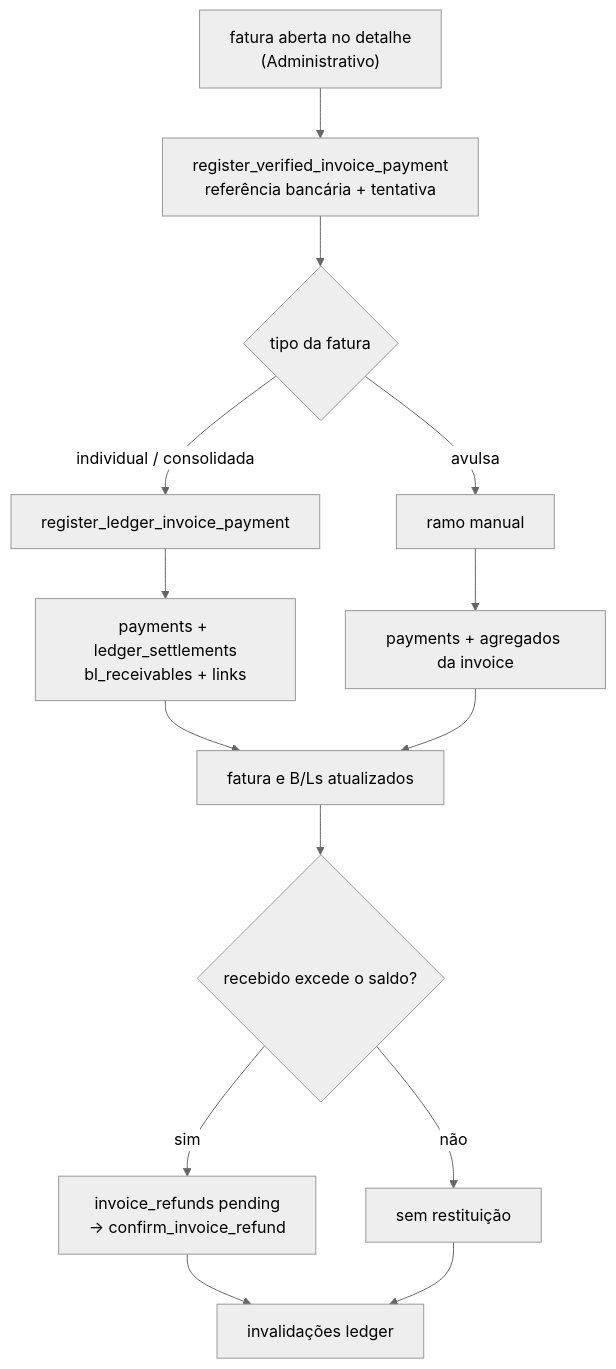
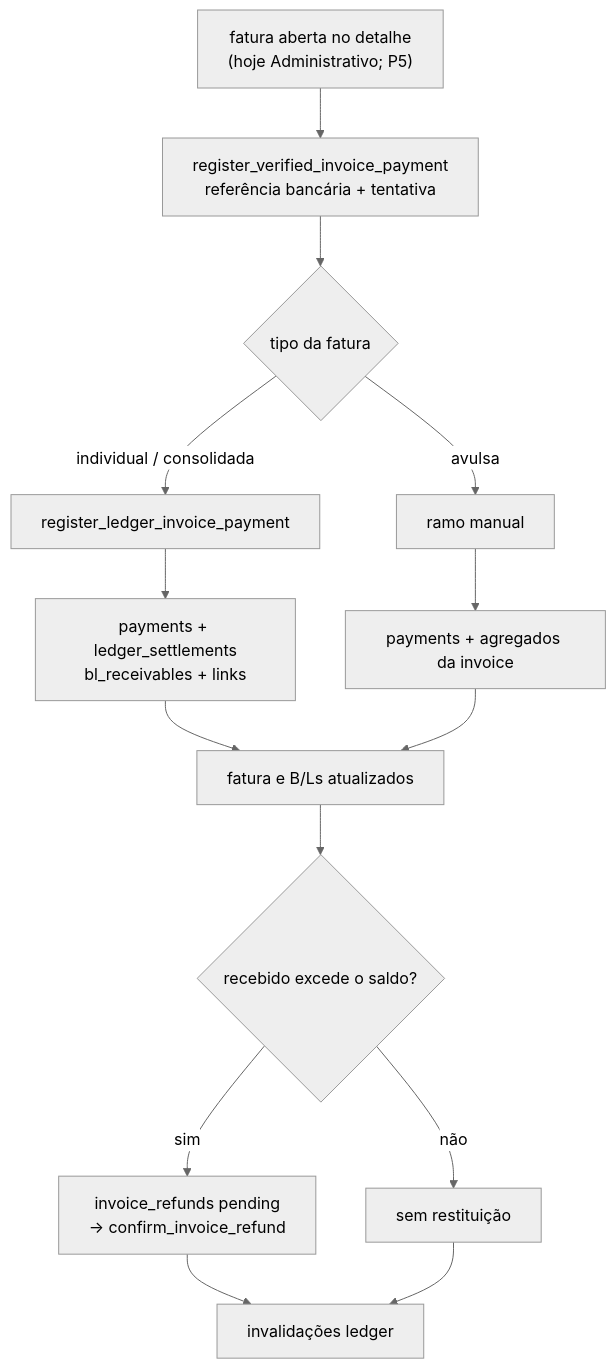
Before and after one commit to luccafwlog/vela: the diagram in docs/modules/faturamento.md, drawn with Mermaid (neutral theme). The commit also changed other lines of this file and 30 other files, not shown here.

````diff
--- a/docs/modules/faturamento.md
+++ b/docs/modules/faturamento.md
@@ -709,16 +713,16 @@
 ```mermaid
 flowchart TD
-    Open["fatura aberta no detalhe<br/>(Administrativo)"] --> Verified["register_verified_invoice_payment<br/>referência bancária + tentativa"]
+    Open["fatura aberta no detalhe<br/>(hoje Administrativo; P5)"] --> Verified["register_verified_invoice_payment<br/>referência bancária + tentativa"]
     Verified --> Decide{"tipo da fatura"}
     Decide -->|"individual / consolidada"| Ledger["register_ledger_invoice_payment"]
     Decide -->|avulsa| Manual["ramo manual"]
     Ledger --> LWrite["payments + ledger_settlements<br/>bl_receivables + links"]
     Manual --> GWrite["payments + agregados da invoice"]
     LWrite --> Sync["fatura e B/Ls atualizados"]
     GWrite --> Sync
     Sync --> Refund{"recebido excede o saldo?"}
     Refund -->|sim| RefundRow["invoice_refunds pending<br/>→ confirm_invoice_refund"]
     Refund -->|não| NoRefund["sem restituição"]
     RefundRow --> Cache["invalidações ledger"]
     NoRefund --> Cache
 ```
````
